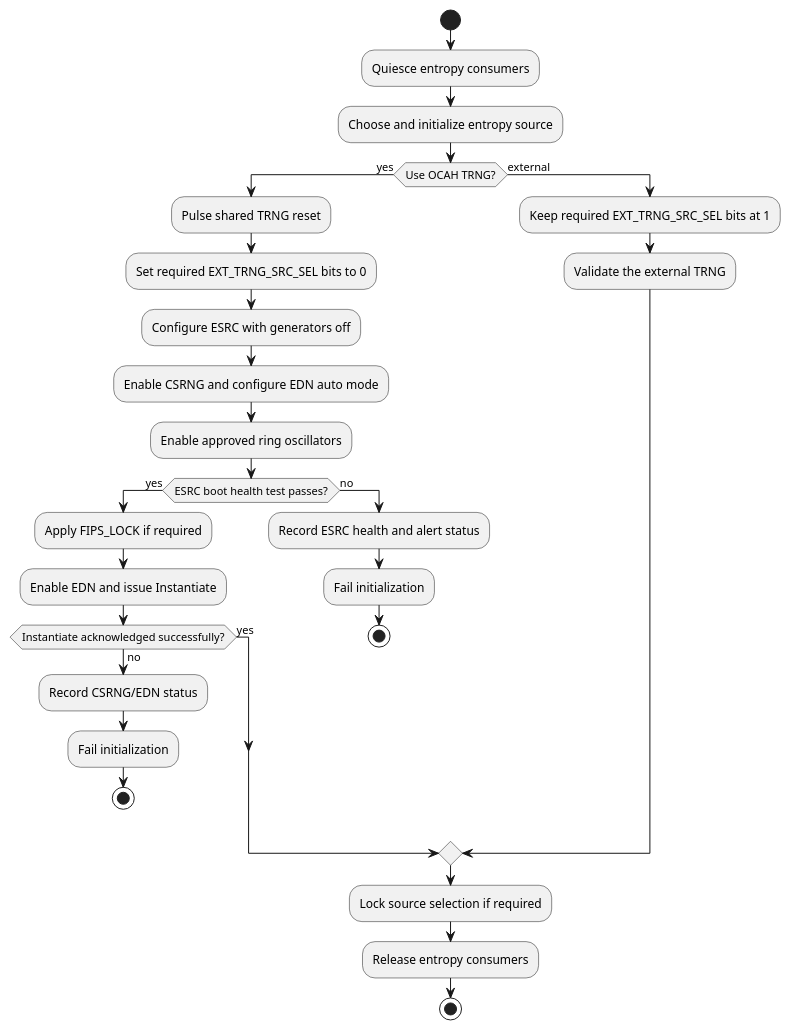
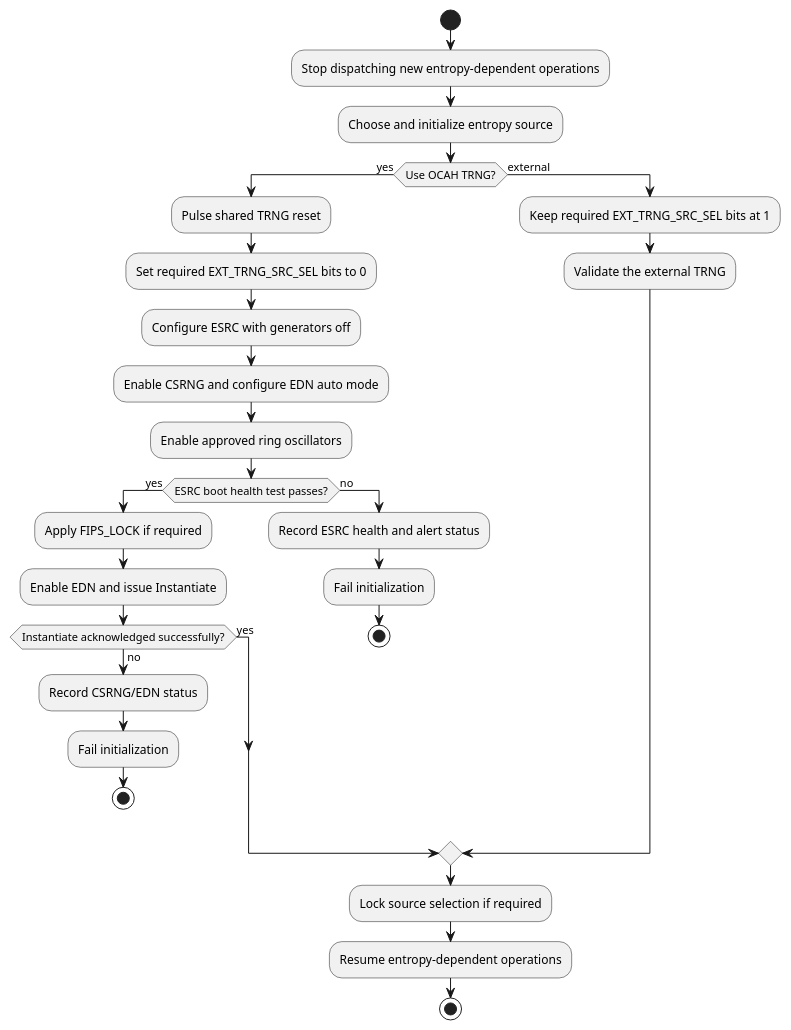
Before and after one commit to tenstorrent/tt-oca-harness: the diagram in doc/programmer/src/index.adoc, drawn with PlantUML. The commit also changed other lines of this file and 107 other files, not shown here.

```diff
--- a/doc/programmer/src/index.adoc
+++ b/doc/programmer/src/index.adoc
@@ -118,35 +118,35 @@
 [plantuml,ocah-trng-bring-up,svg]
 ----
 @startuml
 start
-:Quiesce entropy consumers;
+:Stop dispatching new entropy-dependent operations;
 :Choose and initialize entropy source;
 if (Use OCAH TRNG?) then (yes)
   :Pulse shared TRNG reset;
   :Set required EXT_TRNG_SRC_SEL bits to 0;
   :Configure ESRC with generators off;
   :Enable CSRNG and configure EDN auto mode;
   :Enable approved ring oscillators;
   if (ESRC boot health test passes?) then (yes)
     :Apply FIPS_LOCK if required;
     :Enable EDN and issue Instantiate;
     if (Instantiate acknowledged successfully?) then (yes)
     else (no)
       :Record CSRNG/EDN status;
       :Fail initialization;
       stop
     endif
   else (no)
     :Record ESRC health and alert status;
     :Fail initialization;
     stop
   endif
 else (external)
   :Keep required EXT_TRNG_SRC_SEL bits at 1;
   :Validate the external TRNG;
 endif
 :Lock source selection if required;
-:Release entropy consumers;
+:Resume entropy-dependent operations;
 stop
 @enduml
 ----
```
